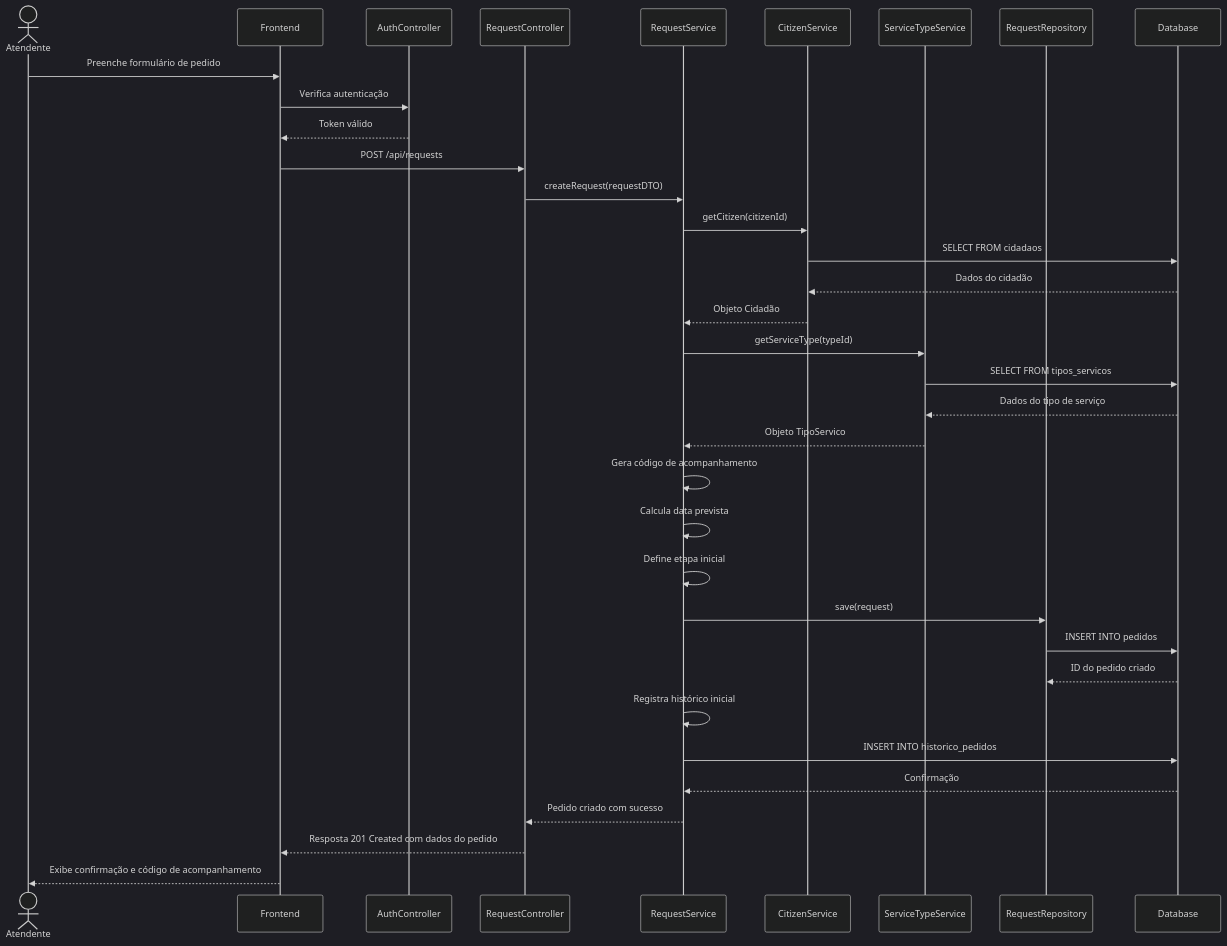
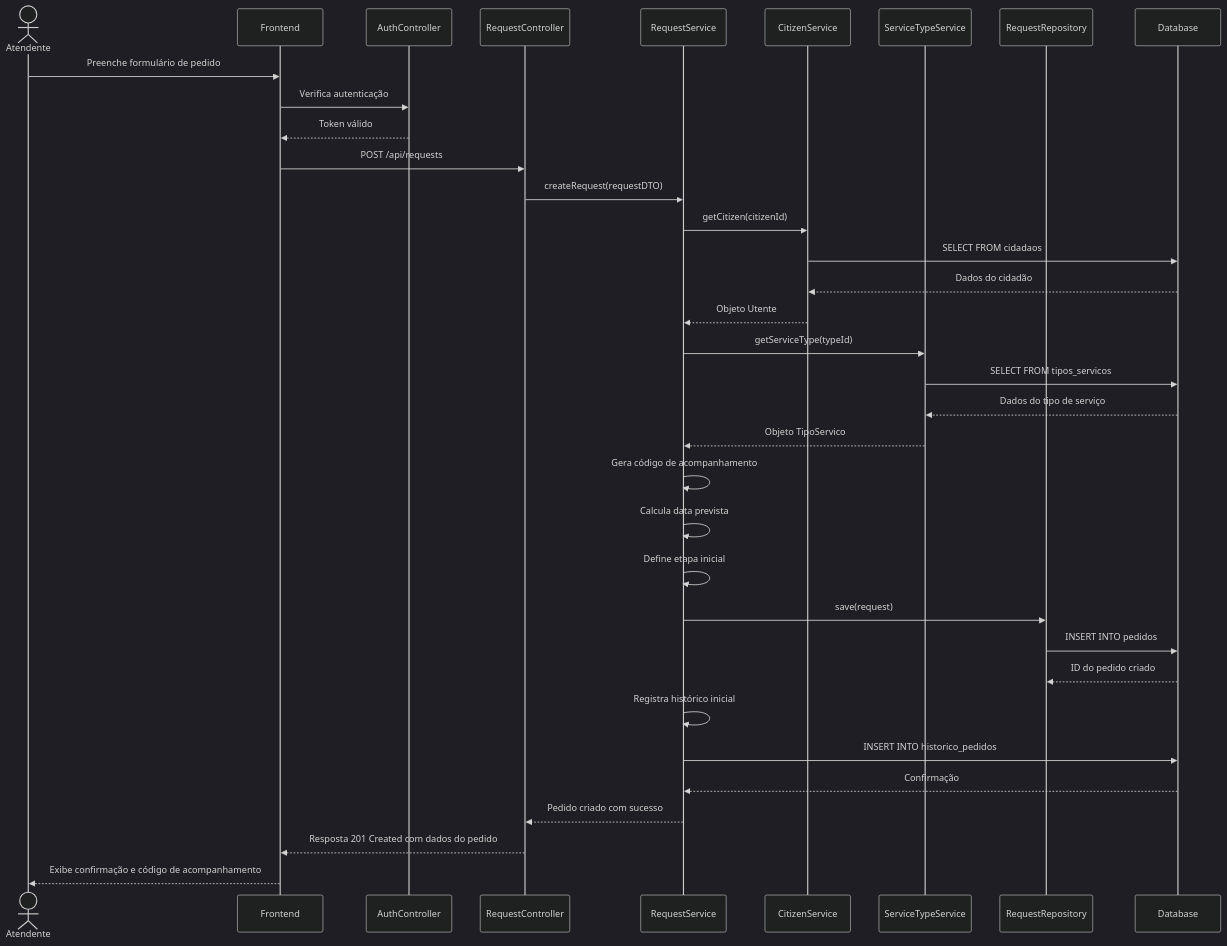
Before and after one commit to tchspprtcv/simple: the first of 5 diagrams in docs/dev/sequence_diagrams.md, drawn with Mermaid (dark theme). The commit also changed other lines of this file and 24 other files, not shown here.

````diff
--- a/docs/dev/sequence_diagrams.md
+++ b/docs/dev/sequence_diagrams.md
@@ -9,45 +9,45 @@
 ```mermaid
 sequenceDiagram
     actor Atendente
     participant Frontend
     participant AuthController
     participant RequestController
     participant RequestService
     participant CitizenService
     participant ServiceTypeService
     participant RequestRepository
     participant Database
     
     Atendente->>Frontend: Preenche formulário de pedido
     Frontend->>AuthController: Verifica autenticação
     AuthController-->>Frontend: Token válido
     
     Frontend->>RequestController: POST /api/requests
     RequestController->>RequestService: createRequest(requestDTO)
     
     RequestService->>CitizenService: getCitizen(citizenId)
     CitizenService->>Database: SELECT FROM cidadaos
     Database-->>CitizenService: Dados do cidadão
-    CitizenService-->>RequestService: Objeto Cidadão
+    CitizenService-->>RequestService: Objeto Utente
     
     RequestService->>ServiceTypeService: getServiceType(typeId)
     ServiceTypeService->>Database: SELECT FROM tipos_servicos
     Database-->>ServiceTypeService: Dados do tipo de serviço
     ServiceTypeService-->>RequestService: Objeto TipoServico
     
     RequestService->>RequestService: Gera código de acompanhamento
     RequestService->>RequestService: Calcula data prevista
     RequestService->>RequestService: Define etapa inicial
     
     RequestService->>RequestRepository: save(request)
     RequestRepository->>Database: INSERT INTO pedidos
     Database-->>RequestRepository: ID do pedido criado
     
     RequestService->>RequestService: Registra histórico inicial
     RequestService->>Database: INSERT INTO historico_pedidos
     Database-->>RequestService: Confirmação
     
     RequestService-->>RequestController: Pedido criado com sucesso
     RequestController-->>Frontend: Resposta 201 Created com dados do pedido
     Frontend-->>Atendente: Exibe confirmação e código de acompanhamento
 ```
````
